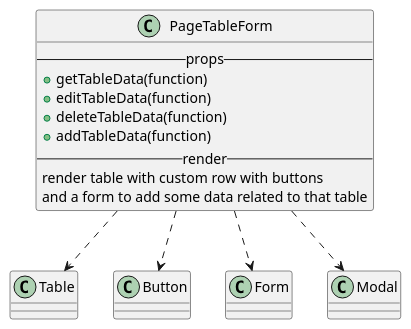
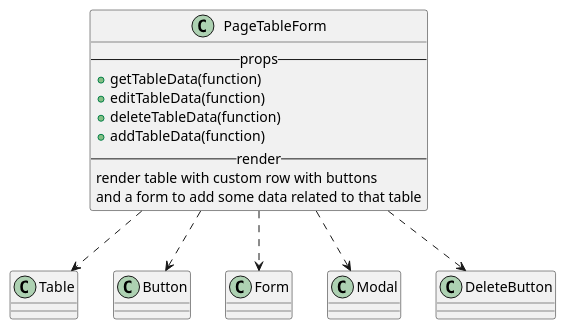
Before and after one commit to M9k/Marvin-Uml: the diagram in react/custom/pageTableForm.iuml, drawn with PlantUML. The commit also changed 6 other files, not shown here.

Commit message:
:repeat: :arrows_counterclockwise: altri emojii :do_not_litter:  sistemato layout e aggiunta deleteButton e pageContainer

```diff
--- a/react/custom/pageTableForm.iuml
+++ b/react/custom/pageTableForm.iuml
@@ -1,14 +1,15 @@
 class PageTableForm{
     --props--
         + getTableData(function)
         + editTableData(function)
         + deleteTableData(function)
         + addTableData(function)
     --render--
         render table with custom row with buttons
         and a form to add some data related to that table
 }
 PageTableForm ..> Table
 PageTableForm ..> Button
 PageTableForm ..> Form
 PageTableForm ..> Modal
+PageTableForm ..> DeleteButton
```
